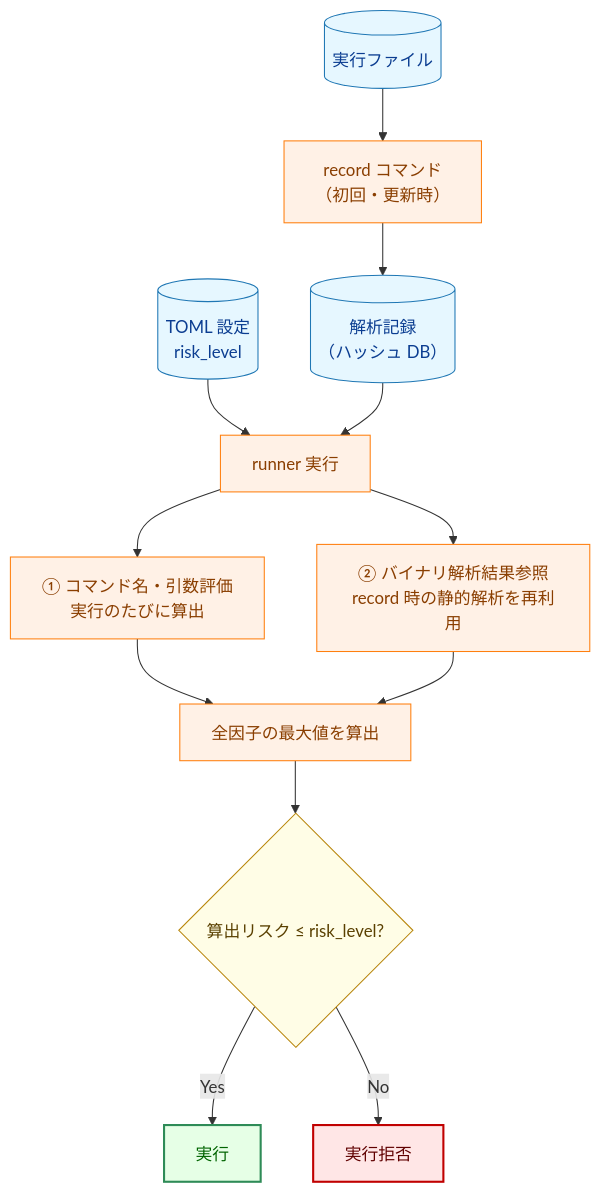
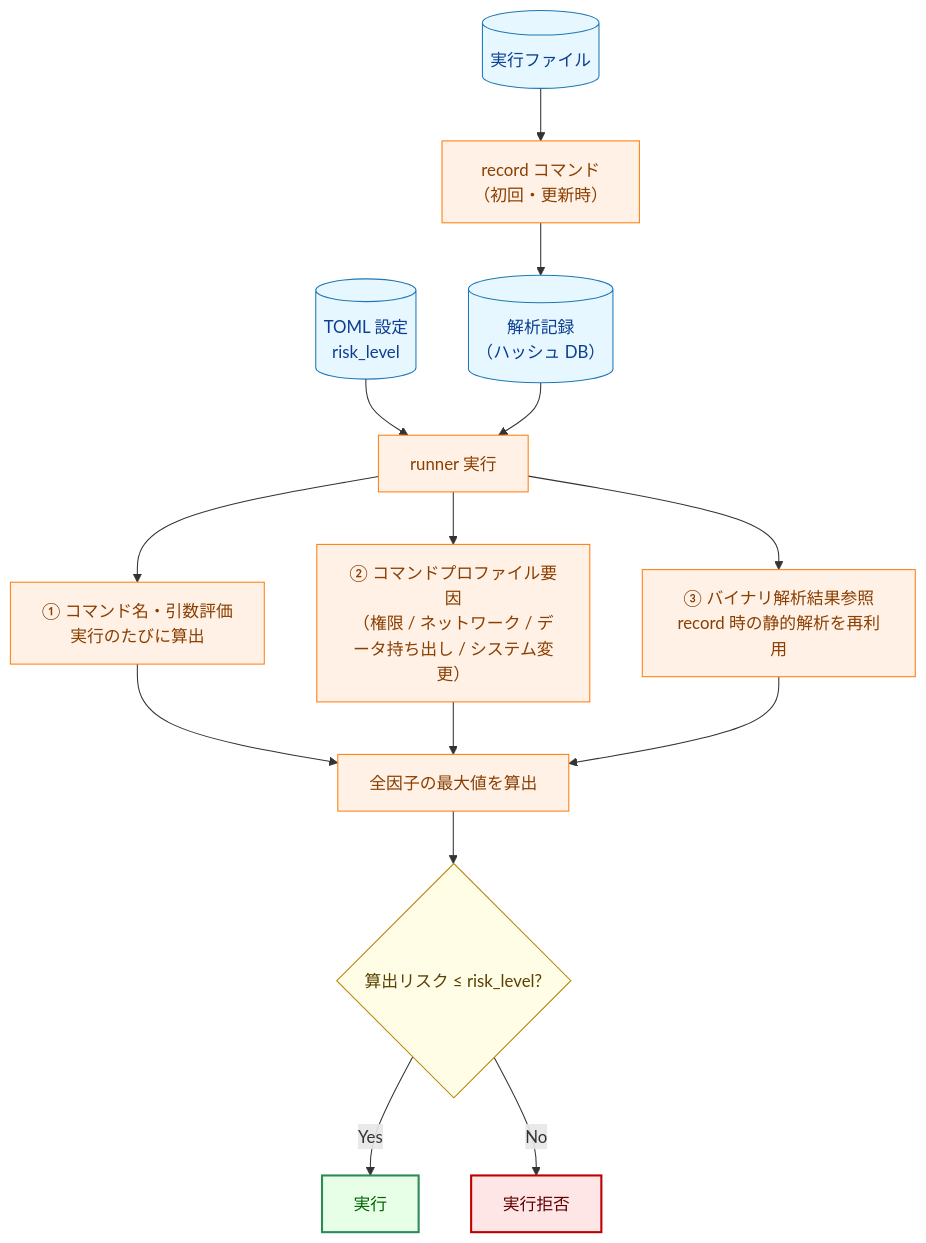
One commit to isseis/go-safe-cmd-runner changed the first of 2 diagrams in docs/user/risk_assessment.ja.md. Above: the diagram before and after it, drawn with Mermaid. The commit also changed other lines of this file and 4 other files, not shown here.

````diff
--- a/docs/user/risk_assessment.ja.md
+++ b/docs/user/risk_assessment.ja.md
@@ -9,29 +9,31 @@
 ```mermaid
 flowchart TD
     classDef data fill:#e6f7ff,stroke:#1f77b4,stroke-width:1px,color:#0b3d91;
     classDef process fill:#fff1e6,stroke:#ff7f0e,stroke-width:1px,color:#8a3e00;
     classDef decision fill:#fffde6,stroke:#b8860b,stroke-width:1px,color:#5a4000;
     classDef ok fill:#e6ffe6,stroke:#2e8b57,stroke-width:2px,color:#006400;
     classDef ng fill:#ffe6e6,stroke:#c00000,stroke-width:2px,color:#600000;
 
     BIN[("実行ファイル")] --> REC["record コマンド<br>（初回・更新時）"]
     REC --> STORE[("解析記録<br>（ハッシュ DB）")]
 
     CFG[("TOML 設定<br>risk_level")] --> RUN
     STORE --> RUN["runner 実行"]
     RUN --> EVAL1["① コマンド名・引数評価<br>実行のたびに算出"]
-    RUN --> EVAL2["② バイナリ解析結果参照<br>record 時の静的解析を再利用"]
+    RUN --> EVAL2["② コマンドプロファイル要因<br>（権限 / ネットワーク / データ持ち出し / システム変更）"]
+    RUN --> EVAL3["③ バイナリ解析結果参照<br>record 時の静的解析を再利用"]
 
     EVAL1 --> MAX["全因子の最大値を算出"]
     EVAL2 --> MAX
+    EVAL3 --> MAX
 
     MAX --> CMP{"算出リスク ≤ risk_level?"}
     CMP -->|"Yes"| OK["実行"]
     CMP -->|"No"| NG["実行拒否"]
 
     class BIN,STORE,CFG data;
-    class REC,RUN,EVAL1,EVAL2,MAX process;
+    class REC,RUN,EVAL1,EVAL2,EVAL3,MAX process;
     class CMP decision;
     class OK ok;
     class NG ng;
 ```
````
